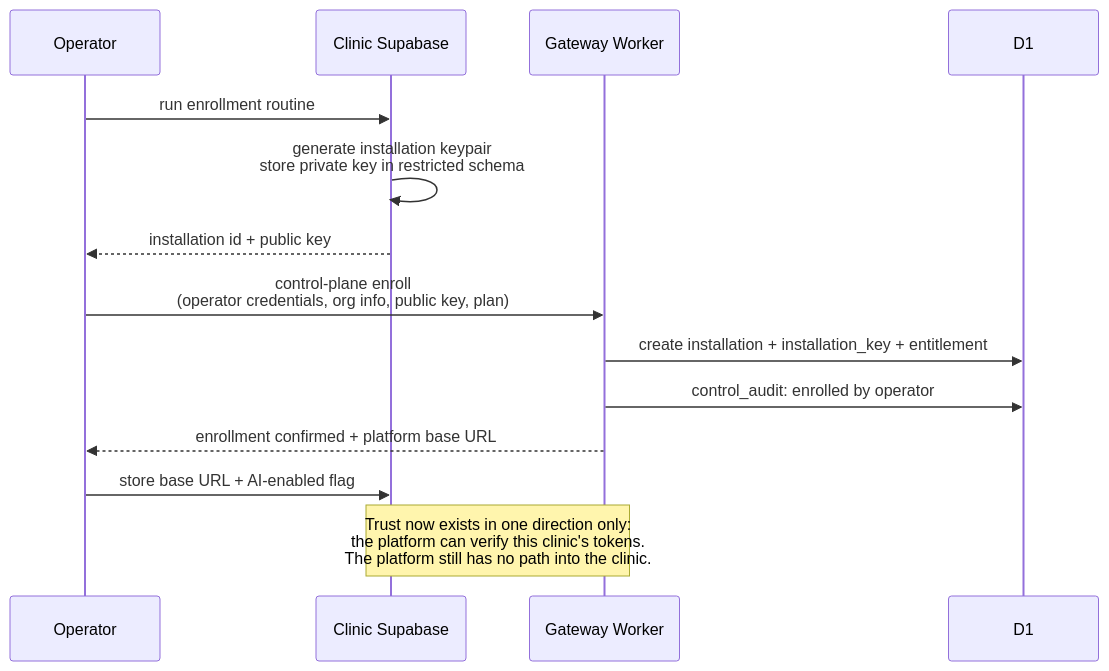
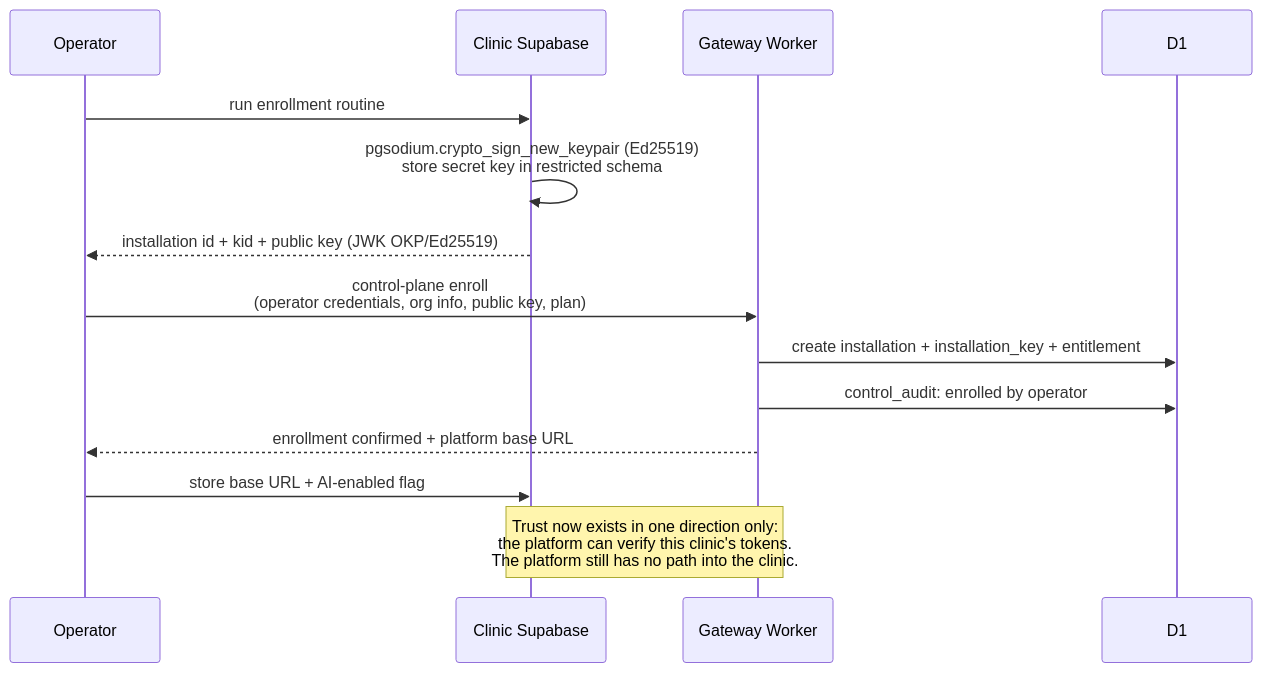
The seventh of 16 diagrams in docs/architecture/17-ai-platform.md (haythamosama95/AiClinic), drawn with Mermaid before and after one commit. The commit also changed other lines of this file and 4 other files, not shown here.

````diff
--- a/docs/architecture/17-ai-platform.md
+++ b/docs/architecture/17-ai-platform.md
@@ -1883,17 +1945,17 @@
 ```mermaid
 sequenceDiagram
     participant OPS as Operator
     participant SB as Clinic Supabase
     participant GW as Gateway Worker
     participant D1 as D1
 
     OPS->>SB: run enrollment routine
-    SB->>SB: generate installation keypair<br/>store private key in restricted schema
-    SB-->>OPS: installation id + public key
+    SB->>SB: pgsodium.crypto_sign_new_keypair (Ed25519)<br/>store secret key in restricted schema
+    SB-->>OPS: installation id + kid + public key (JWK OKP/Ed25519)
     OPS->>GW: control-plane enroll<br/>(operator credentials, org info, public key, plan)
     GW->>D1: create installation + installation_key + entitlement
     GW->>D1: control_audit: enrolled by operator
     GW-->>OPS: enrollment confirmed + platform base URL
     OPS->>SB: store base URL + AI-enabled flag
     Note over SB,GW: Trust now exists in one direction only:<br/>the platform can verify this clinic's tokens.<br/>The platform still has no path into the clinic.
 ```
````
